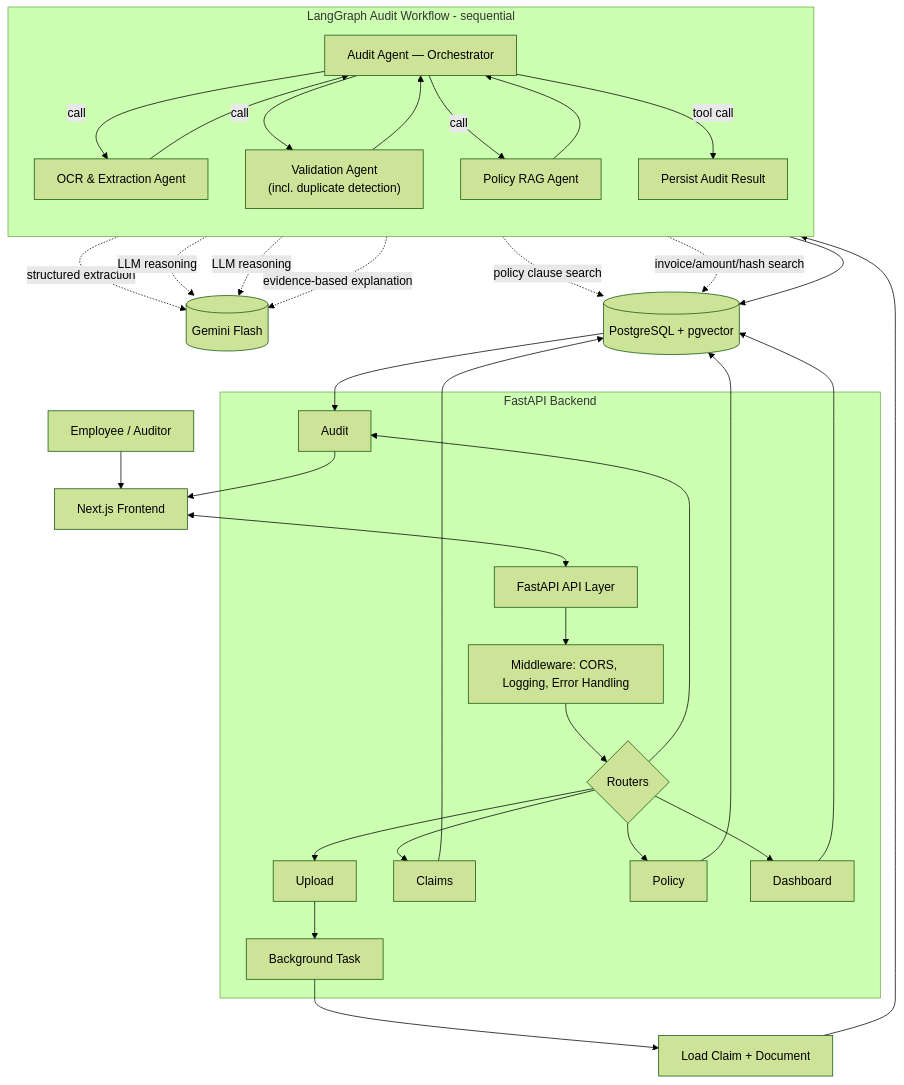
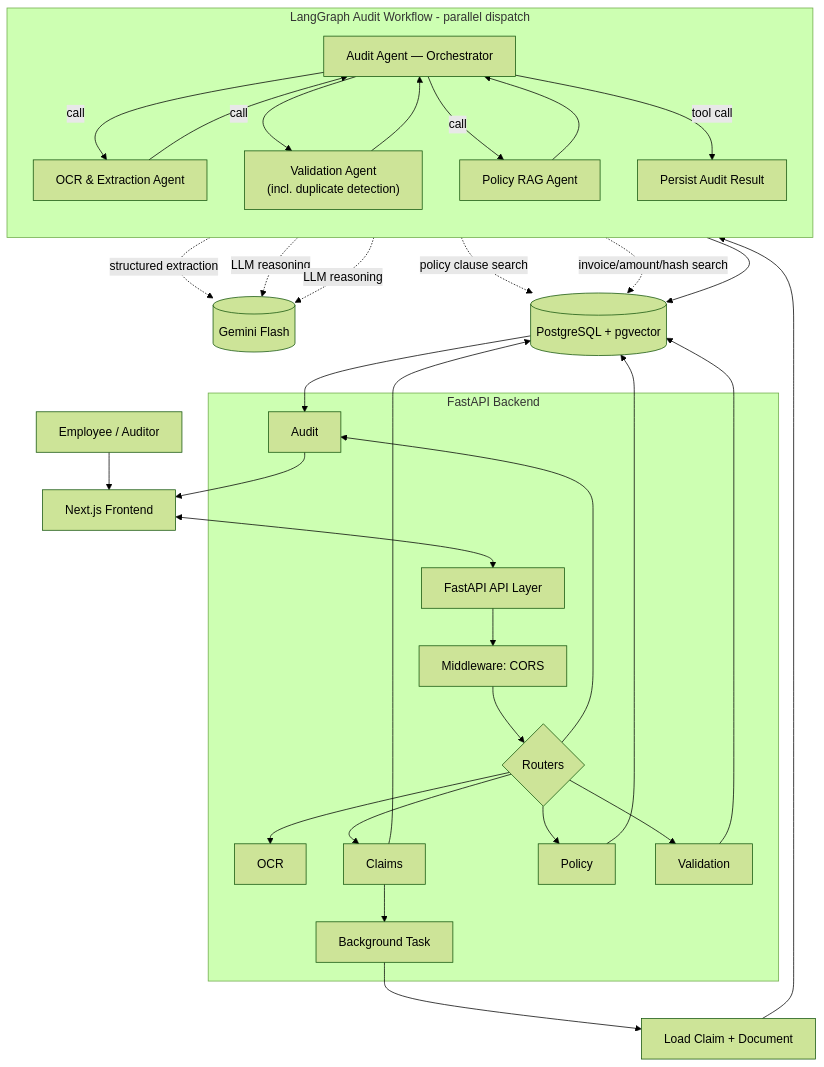
The diagram in docs/architecture/high-level-backend-architecture.md (sreyas-dev-w/ai-expense-audit-assistant), drawn with Mermaid (forest theme) before and after one commit. The commit also changed other lines of this file and 8 other files, not shown here.

````diff
--- a/docs/architecture/high-level-backend-architecture.md
+++ b/docs/architecture/high-level-backend-architecture.md
@@ -14,42 +14,42 @@
 ```mermaid
 flowchart TD
     A[Employee / Auditor] --> B[Next.js Frontend]
     B <--> C[FastAPI API Layer]
 
     subgraph BE["FastAPI Backend"]
-        C --> D[Middleware: CORS, Logging, Error Handling]
+        C --> D[Middleware: CORS]
         D --> E{Routers}
-        E --> E2[Upload]
+        E --> E2[OCR]
         E --> E3[Claims]
         E --> E4[Audit]
         E --> E5[Policy]
-        E --> E6[Dashboard]
-        E2 --> F[Background Task]
+        E --> E6[Validation]
+        E3 --> F[Background Task]
     end
 
     F --> G[Load Claim + Document]
     G --> WF
 
-    subgraph WF["LangGraph Audit Workflow - sequential"]
+    subgraph WF["LangGraph Audit Workflow - parallel dispatch"]
         direction TB
         ORCH[Audit Agent — Orchestrator]
         ORCH -->|call| OCR[OCR & Extraction Agent]
         OCR --> ORCH
         ORCH -->|call| VAL["Validation Agent<br/>(incl. duplicate detection)"]
         VAL --> ORCH
         ORCH -->|call| RAG[Policy RAG Agent]
         RAG --> ORCH
         ORCH -->|tool call| SAVE[Persist Audit Result]
     end
 
     OCR -. structured extraction .-> GEM[(Gemini Flash)]
     VAL -. LLM reasoning .-> GEM
     RAG -. LLM reasoning .-> GEM
-    ORCH -. evidence-based explanation .-> GEM
+    %% ORCH -x GEM   # final aggregation is deterministic app code, no LLM
 
     RAG -. policy clause search .-> DB[(PostgreSQL + pgvector)]
     VAL -. invoice/amount/hash search .-> DB
     SAVE --> DB
     E3 & E5 & E6 --> DB
     DB --> E4 --> B
 ```
````
